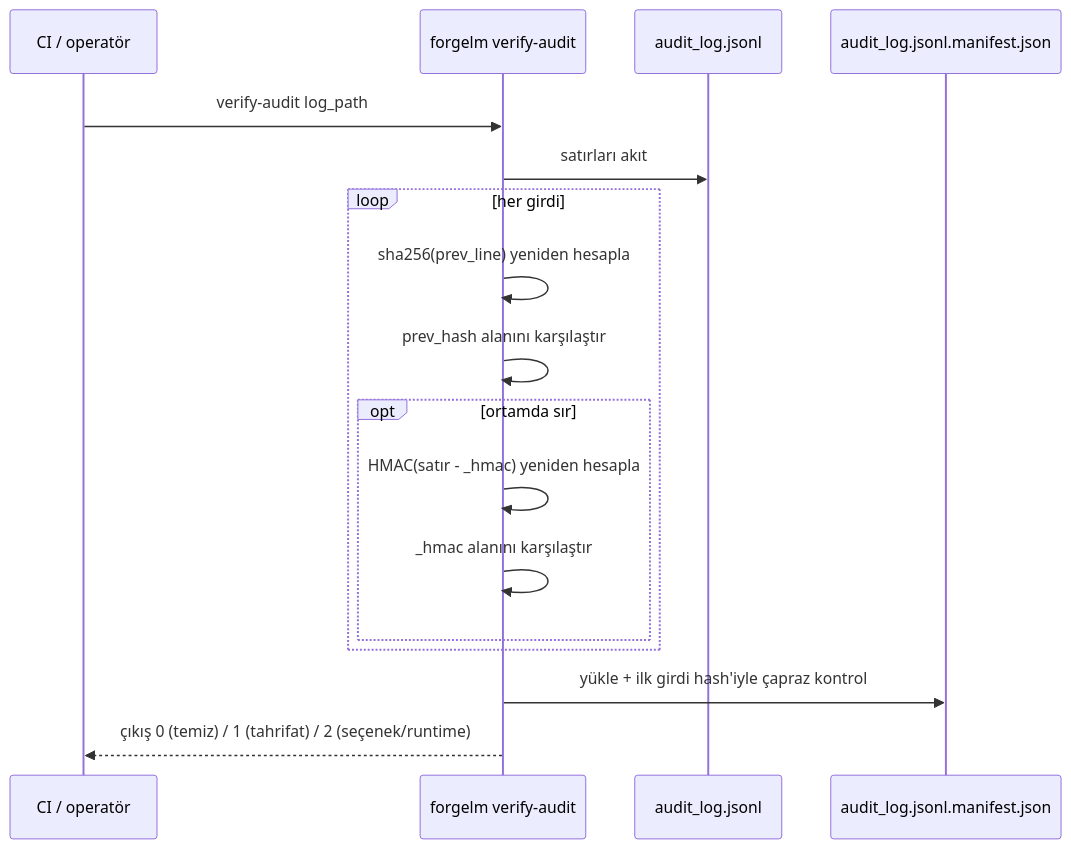
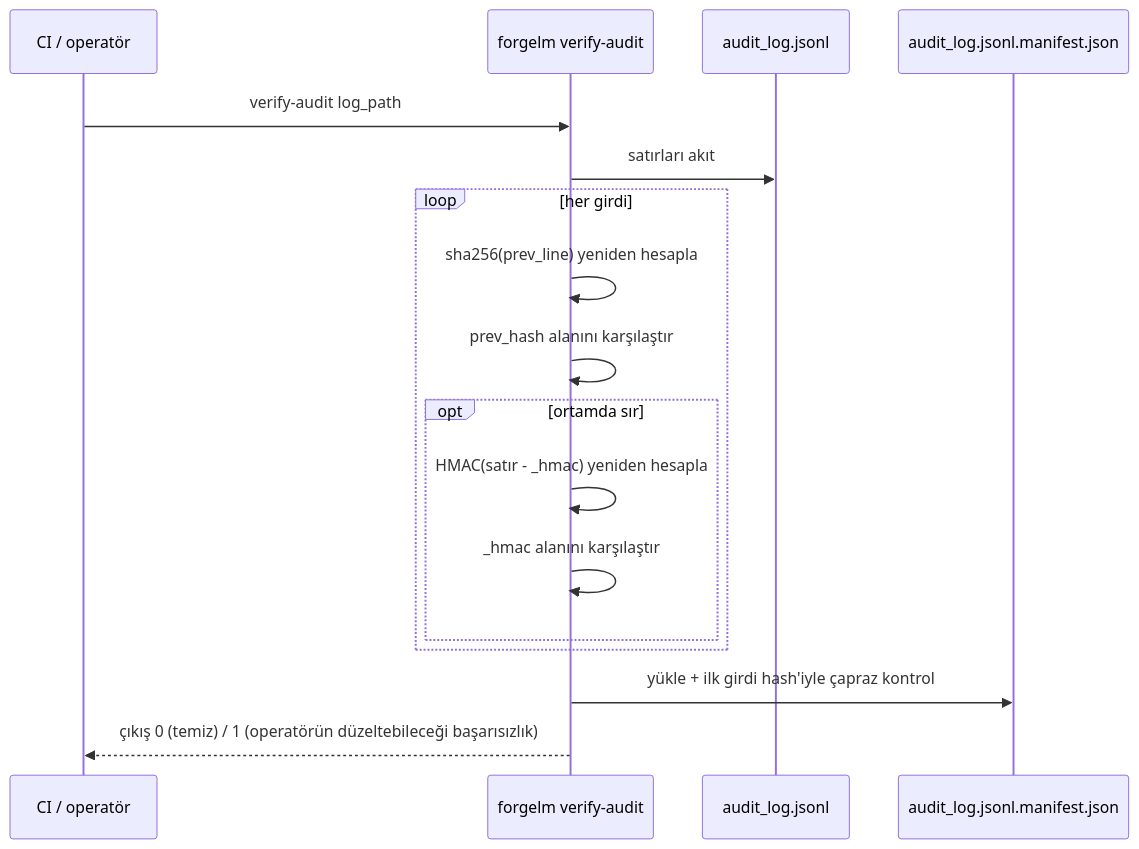
The diagram in docs/usermanuals/tr/compliance/verify-audit.md (HodeTech/ForgeLM), drawn with Mermaid before and after one commit. The commit also changed other lines of this file and 9 other files, not shown here.

````diff
--- a/docs/usermanuals/tr/compliance/verify-audit.md
+++ b/docs/usermanuals/tr/compliance/verify-audit.md
@@ -19,20 +19,20 @@
 ```mermaid
 sequenceDiagram
     participant CI as CI / operatör
     participant Verify as forgelm verify-audit
     participant Log as audit_log.jsonl
     participant Manifest as audit_log.jsonl.manifest.json
 
     CI->>Verify: verify-audit log_path
     Verify->>Log: satırları akıt
     loop her girdi
         Verify->>Verify: sha256(prev_line) yeniden hesapla
         Verify->>Verify: prev_hash alanını karşılaştır
         opt ortamda sır
             Verify->>Verify: HMAC(satır - _hmac) yeniden hesapla
             Verify->>Verify: _hmac alanını karşılaştır
         end
     end
     Verify->>Manifest: yükle + ilk girdi hash'iyle çapraz kontrol
-    Verify-->>CI: çıkış 0 (temiz) / 1 (tahrifat) / 2 (seçenek/runtime)
+    Verify-->>CI: çıkış 0 (temiz) / 1 (operatörün düzeltebileceği başarısızlık)
 ```
````
